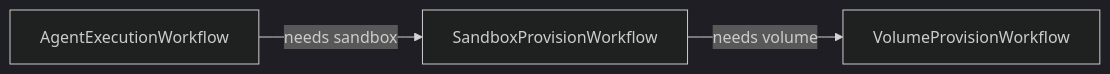
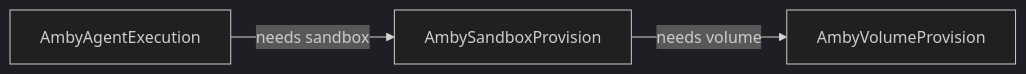
Before and after one commit to punitarani/amby: the fourth of 4 diagrams in docs/RUNTIME.md, drawn with Mermaid (dark theme). The commit also changed other lines of this file and 17 other files, not shown here.

````diff
--- a/docs/RUNTIME.md
+++ b/docs/RUNTIME.md
@@ -192,5 +192,5 @@
 ```mermaid
 flowchart LR
-    AgentWF[AgentExecutionWorkflow] -->|needs sandbox| SandboxWF[SandboxProvisionWorkflow]
-    SandboxWF -->|needs volume| VolumeWF[VolumeProvisionWorkflow]
+    AgentWF[AmbyAgentExecution] -->|needs sandbox| SandboxWF[AmbySandboxProvision]
+    SandboxWF -->|needs volume| VolumeWF[AmbyVolumeProvision]
 ```
````
